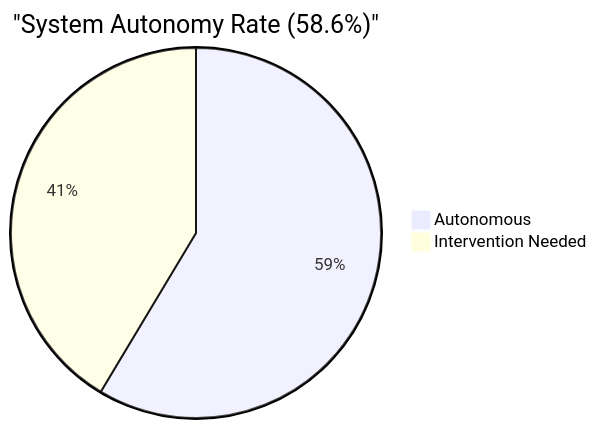
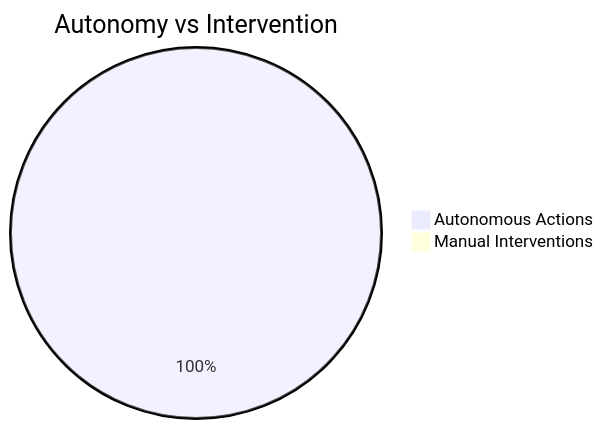
Before and after one commit to centervil/roocode-factory: the first of 3 diagrams in docs/dashboard.md, drawn with Mermaid. The commit also changed other lines of this file and 27 other files, not shown here.

First line of the commit message:
feat: Implement Metrics Dashboard using Mermaid.js (Issue #56)

````diff
--- a/docs/dashboard.md
+++ b/docs/dashboard.md
@@ -24,5 +7,5 @@
 ```mermaid
-pie title "System Autonomy Rate (58.6%)"
-    "Autonomous" : 58.6
-    "Intervention Needed" : 41.4
+pie title Autonomy vs Intervention
+    "Autonomous Actions" : 100.0
+    "Manual Interventions" : 0.0
 ```
````
